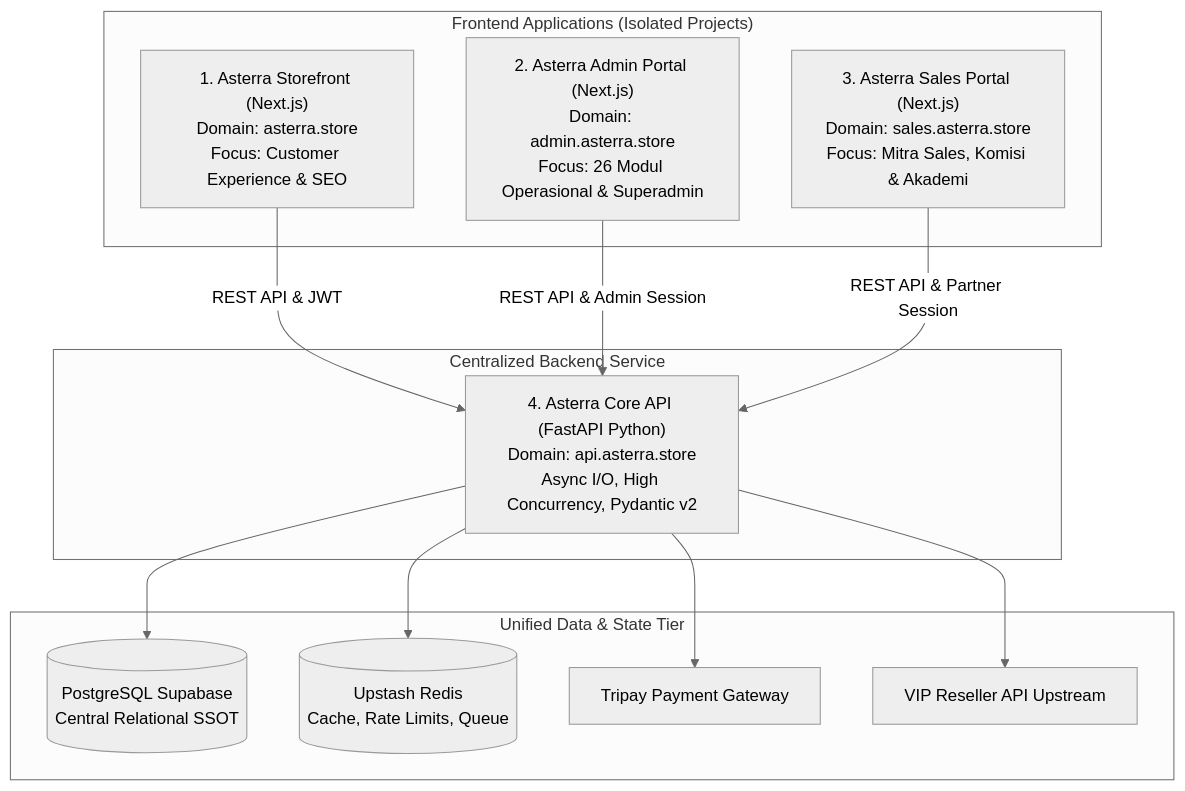
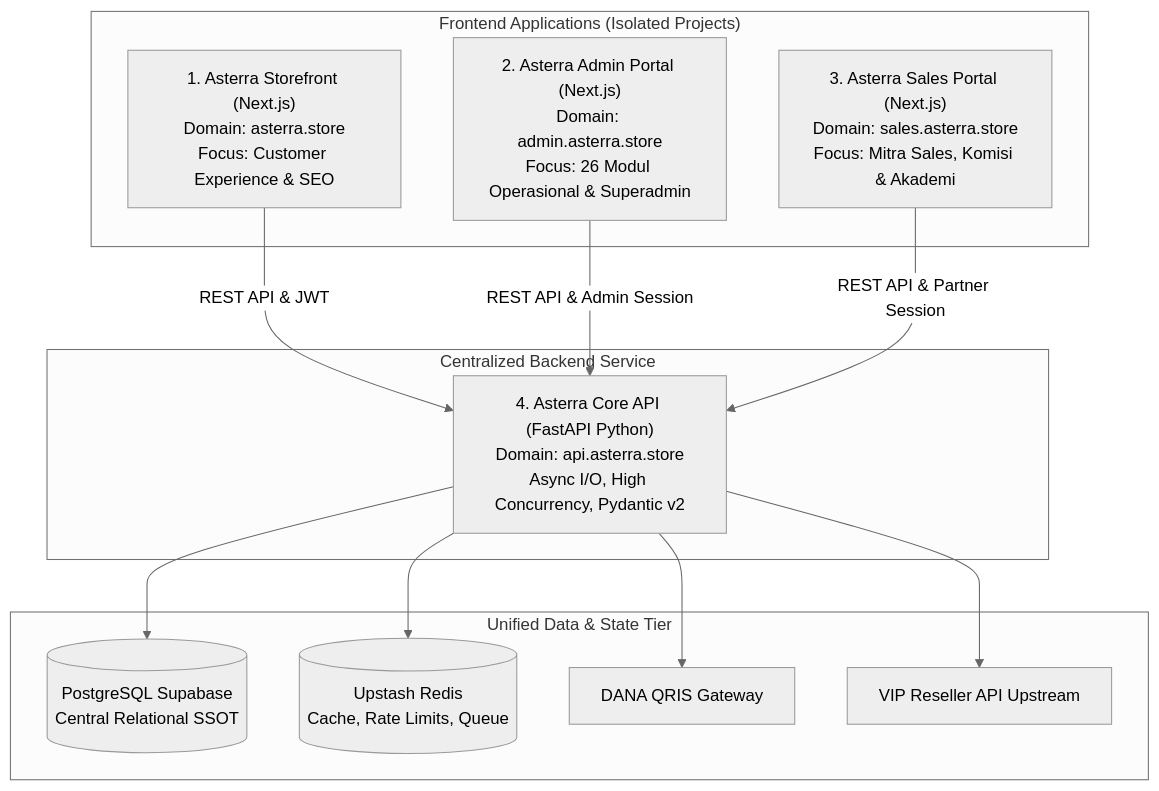
One commit to iqbaltech07/Asterra-Store changed the first of 2 diagrams in backend/docs/asterra-architecture-decoupling-plan.md. Above: the diagram before and after it, drawn with Mermaid (neutral theme). The commit also changed other lines of this file and 99 other files, not shown here.

Commit message:
feat(staging): update sales portal landing, storage banner picker, non-warranty UI, and DANA QRIS migration

````diff
--- a/backend/docs/asterra-architecture-decoupling-plan.md
+++ b/backend/docs/asterra-architecture-decoupling-plan.md
@@ -33,28 +33,28 @@
 ```mermaid
 graph TD
     subgraph Clients["Frontend Applications (Isolated Projects)"]
         Storefront["1. Asterra Storefront (Next.js)<br/>Domain: asterra.store<br/>Focus: Customer Experience & SEO"]
         AdminApp["2. Asterra Admin Portal (Next.js)<br/>Domain: admin.asterra.store<br/>Focus: 26 Modul Operasional & Superadmin"]
         SalesApp["3. Asterra Sales Portal (Next.js)<br/>Domain: sales.asterra.store<br/>Focus: Mitra Sales, Komisi & Akademi"]
     end
 
     subgraph Backend["Centralized Backend Service"]
         FastAPI["4. Asterra Core API (FastAPI Python)<br/>Domain: api.asterra.store<br/>Async I/O, High Concurrency, Pydantic v2"]
     end
 
     subgraph DataLayer["Unified Data & State Tier"]
         DB[(PostgreSQL Supabase<br/>Central Relational SSOT)]
         Redis[(Upstash Redis<br/>Cache, Rate Limits, Queue)]
-        TripayGateway[Tripay Payment Gateway]
+        DanaGateway[DANA QRIS Gateway]
         VIPProvider[VIP Reseller API Upstream]
     end
 
     Storefront -->|REST API & JWT| FastAPI
     AdminApp -->|REST API & Admin Session| FastAPI
     SalesApp -->|REST API & Partner Session| FastAPI
 
     FastAPI --> DB
     FastAPI --> Redis
-    FastAPI --> TripayGateway
+    FastAPI --> DanaGateway
     FastAPI --> VIPProvider
 ```
````
